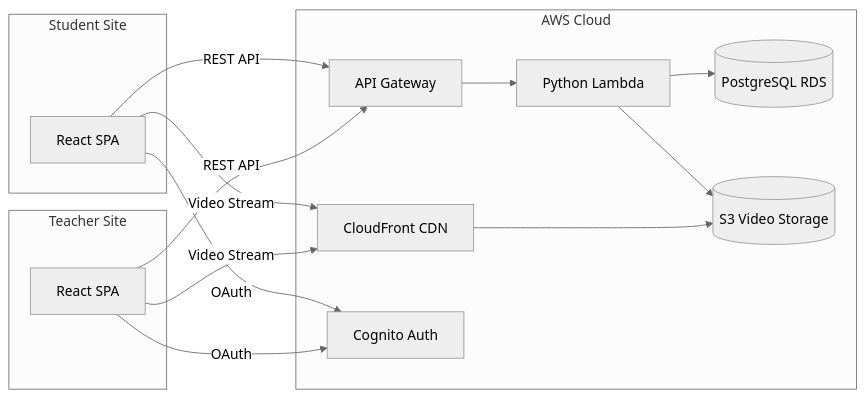
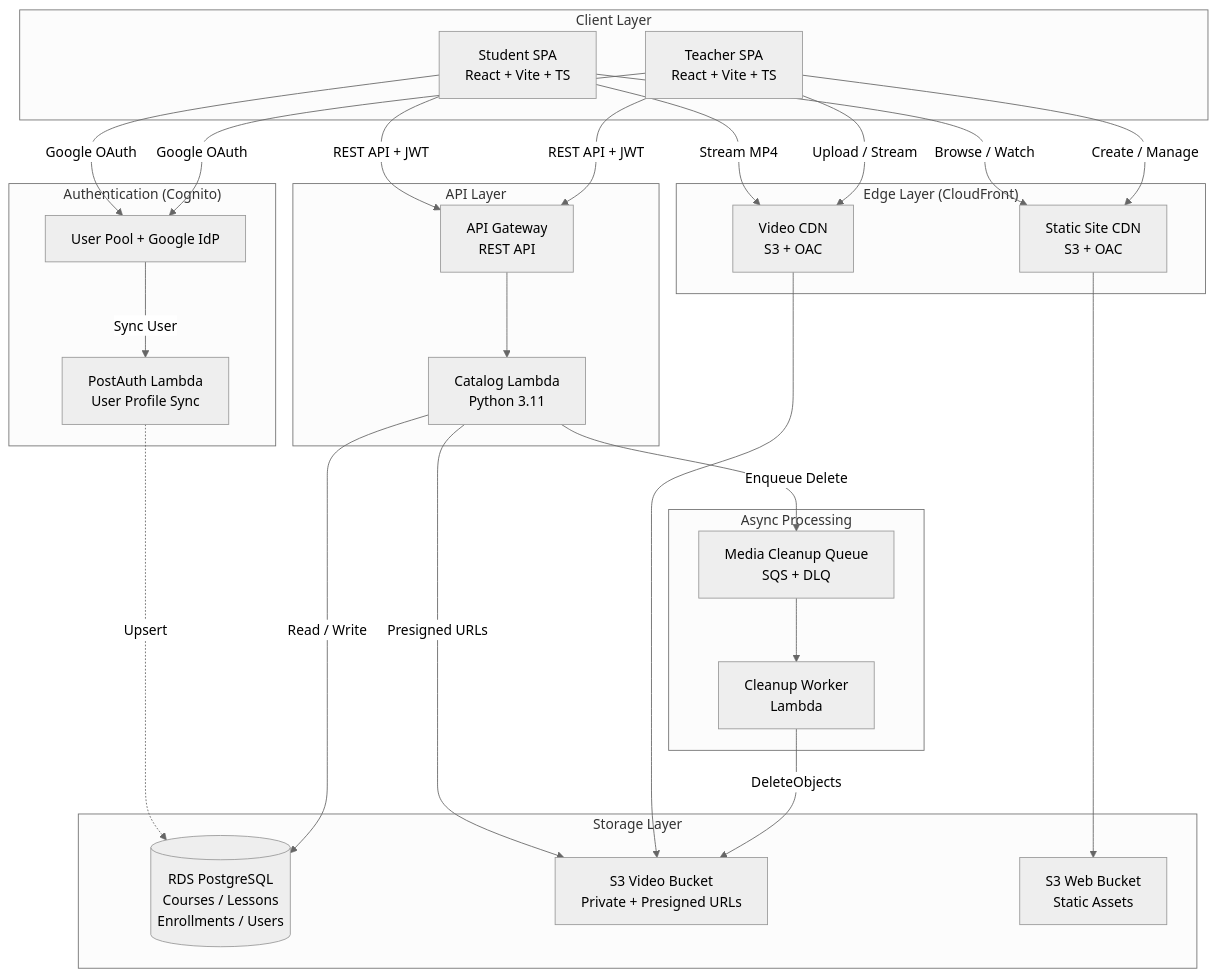
Before and after one commit to Ahmed-Wesam/StreamMyCourse: the diagram in README.md, drawn with Mermaid (neutral theme).

Commit message:
Added System Diagram To README.md

````diff
--- a/README.md
+++ b/README.md
@@ -31,27 +31,57 @@
 ```mermaid
-flowchart LR
-    subgraph Student["Student Site"]
-        S[React SPA]
+flowchart TB
+    subgraph Client["Client Layer"]
+        S[Student SPA<br/>React + Vite + TS]
+        T[Teacher SPA<br/>React + Vite + TS]
     end
-    subgraph Teacher["Teacher Site"]
-        T[React SPA]
+
+    subgraph Edge["Edge Layer (CloudFront)"]
+        CF_WEB["Static Site CDN<br/>S3 + OAC"]
+        CF_VIDEO["Video CDN<br/>S3 + OAC"]
     end
-    subgraph AWS["AWS Cloud"]
-        APIGW[API Gateway]
-        Lambda[Python Lambda]
-        RDS[(PostgreSQL RDS)]
-        S3[(S3 Video Storage)]
-        CF[CloudFront CDN]
-        Cognito[Cognito Auth]
+
+    subgraph Auth["Authentication (Cognito)"]
+        CG["User Pool + Google IdP"]
+        UPS["PostAuth Lambda<br/>User Profile Sync"]
     end
-    S -->|REST API| APIGW
-    T -->|REST API| APIGW
-    APIGW --> Lambda
-    Lambda --> RDS
-    Lambda --> S3
-    S -->|Video Stream| CF
-    T -->|Video Stream| CF
-    CF --> S3
-    S -->|OAuth| Cognito
-    T -->|OAuth| Cognito
+
+    subgraph API["API Layer"]
+        APIGW["API Gateway<br/>REST API"]
+        LAMBDA["Catalog Lambda<br/>Python 3.11"]
+    end
+
+    subgraph Storage["Storage Layer"]
+        RDS[("RDS PostgreSQL<br/>Courses / Lessons<br/>Enrollments / Users")]
+        S3_VIDEO["S3 Video Bucket<br/>Private + Presigned URLs"]
+        S3_WEB["S3 Web Bucket<br/>Static Assets"]
+    end
+
+    subgraph Async["Async Processing"]
+        SQS["Media Cleanup Queue<br/>SQS + DLQ"]
+        CLEANUP["Cleanup Worker<br/>Lambda"]
+    end
+
+    S -->|"Browse / Watch"| CF_WEB
+    T -->|"Create / Manage"| CF_WEB
+    CF_WEB --> S3_WEB
+
+    S -->|"Google OAuth"| CG
+    T -->|"Google OAuth"| CG
+    CG -->|"Sync User"| UPS
+    UPS -.->|"Upsert"| RDS
+
+    S -->|"REST API + JWT"| APIGW
+    T -->|"REST API + JWT"| APIGW
+    APIGW --> LAMBDA
+
+    LAMBDA -->|"Read / Write"| RDS
+    LAMBDA -->|"Presigned URLs"| S3_VIDEO
+    LAMBDA -->|"Enqueue Delete"| SQS
+
+    S -->|"Stream MP4"| CF_VIDEO
+    T -->|"Upload / Stream"| CF_VIDEO
+    CF_VIDEO --> S3_VIDEO
+
+    SQS --> CLEANUP
+    CLEANUP -->|"DeleteObjects"| S3_VIDEO
 ```
````
